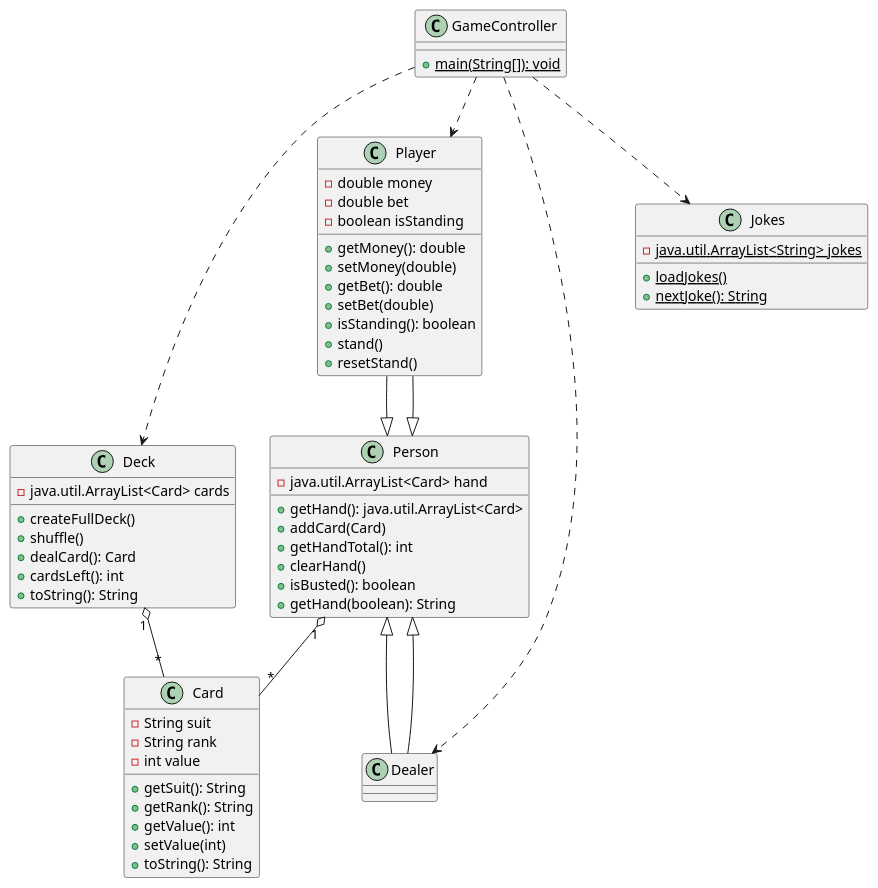
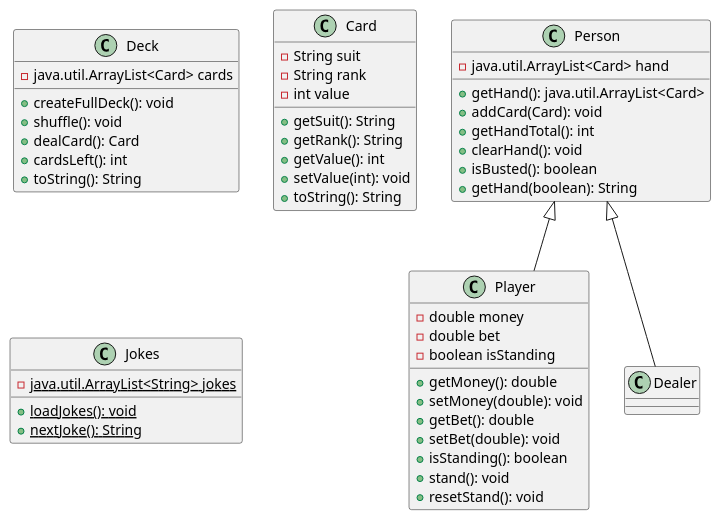
Before and after one commit to DevHamzaKhan/blackjack: the diagram in UML.puml, drawn with PlantUML.

```diff
--- a/UML.puml
+++ b/UML.puml
@@ -1,65 +1,54 @@
 @startuml
-class GameController {
-  {static} + main(String[]): void
-}
 
 class Deck {
   - java.util.ArrayList<Card> cards
-  + createFullDeck()
-  + shuffle()
+  + createFullDeck(): void
+  + shuffle(): void
   + dealCard(): Card
   + cardsLeft(): int
   + toString(): String
 }
 
 class Card {
   - String suit
   - String rank
   - int value
   + getSuit(): String
   + getRank(): String
   + getValue(): int
-  + setValue(int)
+  + setValue(int): void
   + toString(): String
 }
 
 class Person {
   - java.util.ArrayList<Card> hand
   + getHand(): java.util.ArrayList<Card>
-  + addCard(Card)
+  + addCard(Card): void
   + getHandTotal(): int
-  + clearHand()
+  + clearHand(): void
   + isBusted(): boolean
   + getHand(boolean): String
 }
 
 class Player extends Person {
   - double money
   - double bet
   - boolean isStanding
   + getMoney(): double
-  + setMoney(double)
+  + setMoney(double): void
   + getBet(): double
-  + setBet(double)
+  + setBet(double): void
   + isStanding(): boolean
-  + stand()
-  + resetStand()
+  + stand(): void
+  + resetStand(): void
 }
 
 class Dealer extends Person
 
 class Jokes {
   {static} - java.util.ArrayList<String> jokes
-  {static} + loadJokes()
+  {static} + loadJokes(): void
   {static} + nextJoke(): String
 }
 
-Deck "1" o-- "*" Card
-Person "1" o-- "*" Card
-Player --|> Person
-Dealer --|> Person
-GameController ..> Deck
-GameController ..> Player
-GameController ..> Dealer
-GameController ..> Jokes
 @enduml
```
